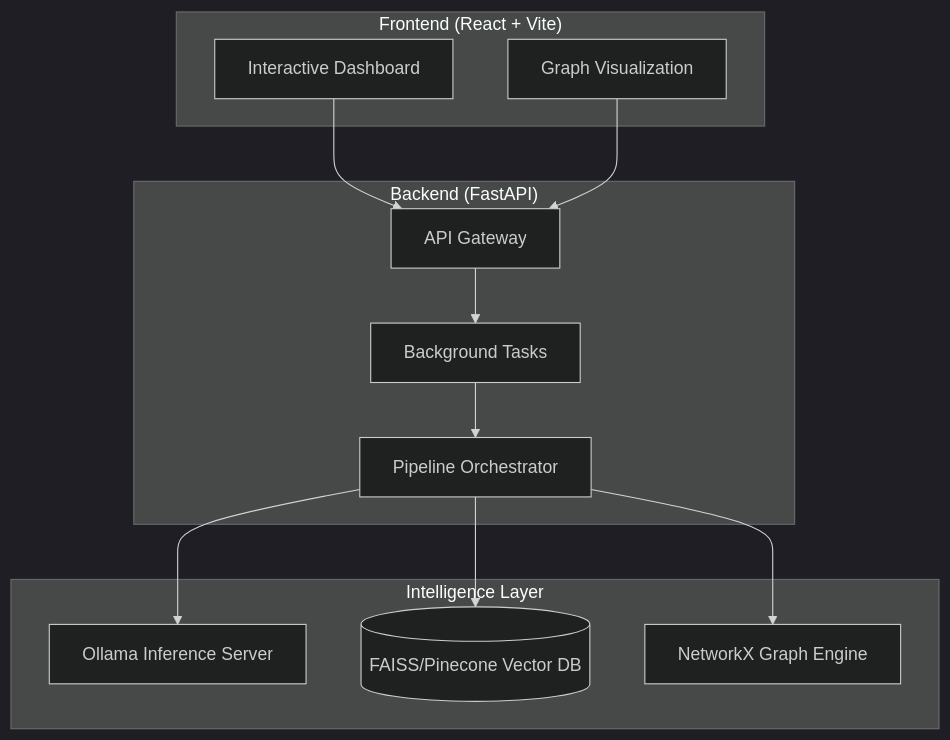
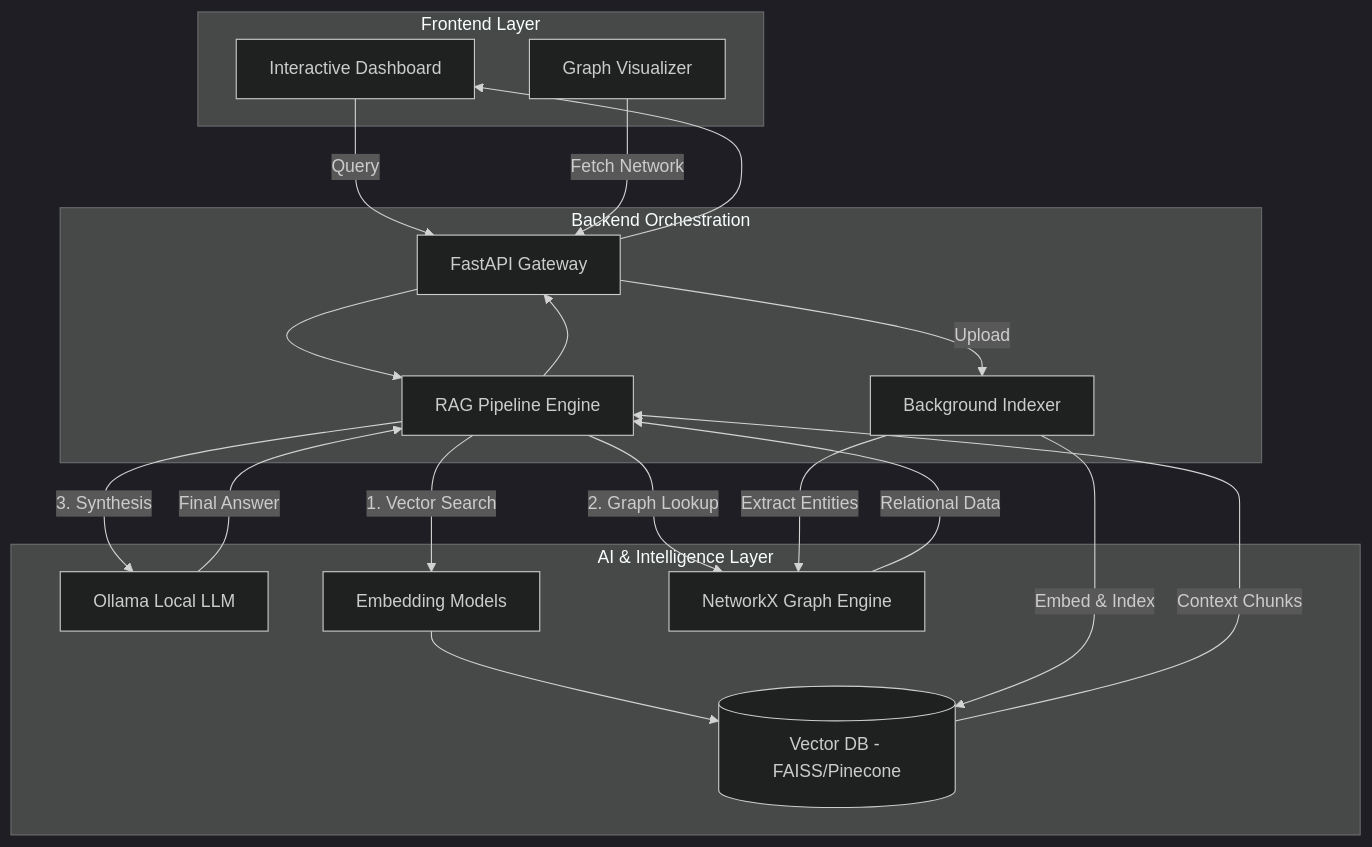
The diagram in README.md (Bharath0017/ResearchGraph), drawn with Mermaid (dark theme) before and after one commit. The commit also changed other lines of this file, not shown here.

Commit message:
Final Updated README file

````diff
--- a/README.md
+++ b/README.md
@@ -19,27 +19,44 @@
 ```mermaid
 graph TD
-    subgraph "Frontend (React + Vite)"
+    subgraph "Frontend Layer"
         UI[Interactive Dashboard]
-        GraphVis[Graph Visualization]
+        GV[Graph Visualizer]
     end
 
-    subgraph "Backend (FastAPI)"
-        API[API Gateway]
-        Orch[Pipeline Orchestrator]
-        BGT[Background Tasks]
+    subgraph "Backend Orchestration"
+        API[FastAPI Gateway]
+        RAG[RAG Pipeline Engine]
+        BGT[Background Indexer]
     end
 
-    subgraph "Intelligence Layer"
-        Ollama[Ollama Inference Server]
-        FAISS[(FAISS/Pinecone Vector DB)]
+    subgraph "AI & Intelligence Layer"
+        Ollama[Ollama Local LLM]
+        EMB[Embedding Models]
+        VDB[(Vector DB - FAISS/Pinecone)]
         NX[NetworkX Graph Engine]
     end
 
-    UI --> API
-    API --> BGT
-    BGT --> Orch
-    Orch --> Ollama
-    Orch --> FAISS
-    Orch --> NX
-    GraphVis --> API
+    %% User Interaction
+    UI -->|Query| API
+    API --> RAG
+    
+    %% RAG Pipeline Flow
+    RAG -->|1. Vector Search| EMB
+    EMB --> VDB
+    VDB -->|Context Chunks| RAG
+    
+    RAG -->|2. Graph Lookup| NX
+    NX -->|Relational Data| RAG
+    
+    RAG -->|3. Synthesis| Ollama
+    Ollama -->|Final Answer| RAG
+    RAG --> API
+    API --> UI
+
+    %% Data Processing Flow
+    API -->|Upload| BGT
+    BGT -->|Embed & Index| VDB
+    BGT -->|Extract Entities| NX
+    
+    GV -->|Fetch Network| API
 ```
````
